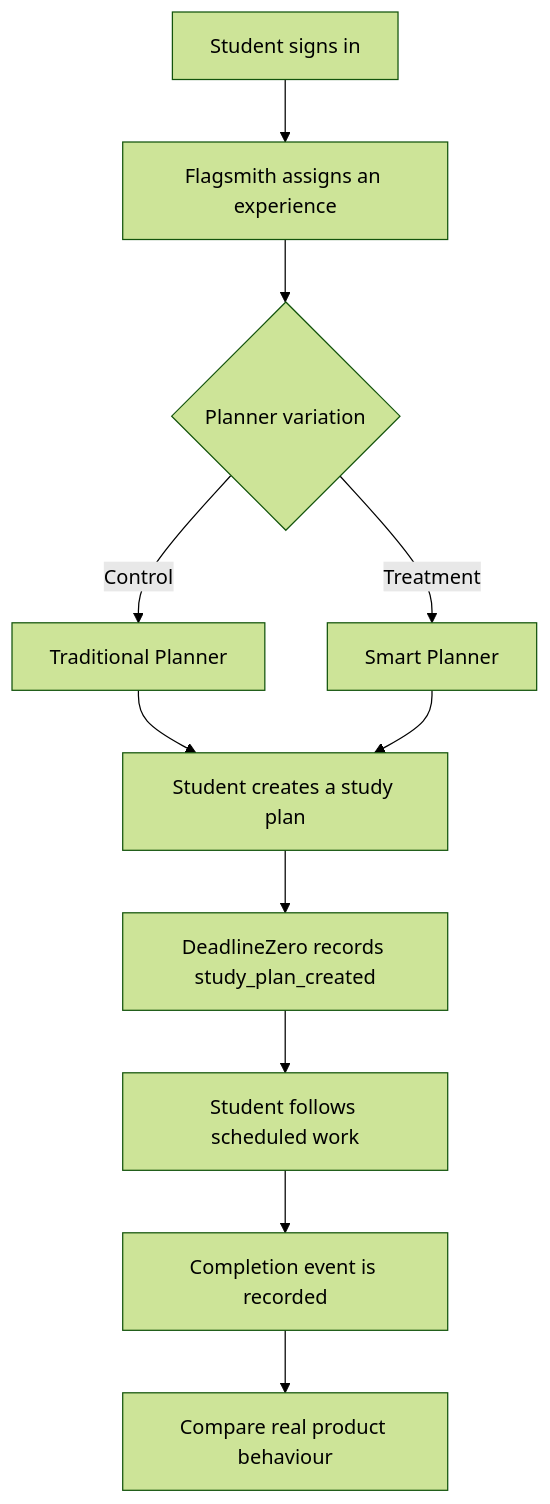
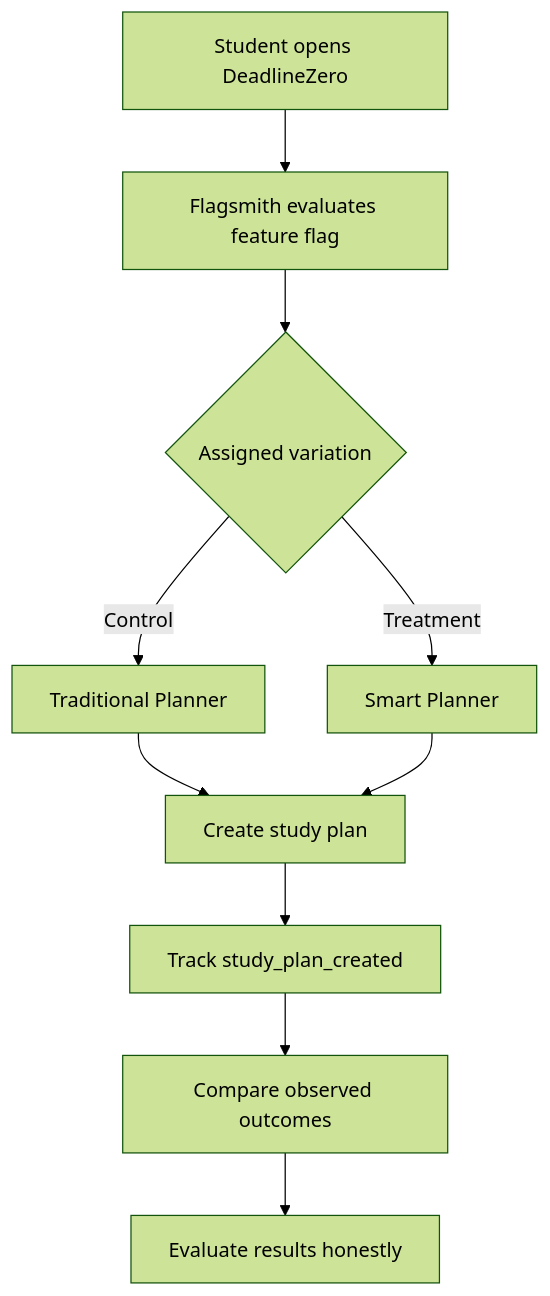
The first of 2 diagrams in README.md (dharmkoshiya74-collab/DeadlineZero), drawn with Mermaid (forest theme) before and after one commit. The commit also changed other lines of this file and 1 other file, not shown here.

Commit message:
Add professional DeadlineZero branding and README

````diff
--- a/README.md
+++ b/README.md
@@ -69,13 +62,12 @@
 ```mermaid
 flowchart TD
-    A[Student signs in] --> B[Flagsmith assigns an experience]
-    B --> C{Planner variation}
+    A[Student opens DeadlineZero] --> B[Flagsmith evaluates feature flag]
+    B --> C{Assigned variation}
     C -->|Control| D[Traditional Planner]
     C -->|Treatment| E[Smart Planner]
-    D --> F[Student creates a study plan]
+    D --> F[Create study plan]
     E --> F
-    F --> G[DeadlineZero records study_plan_created]
-    G --> H[Student follows scheduled work]
-    H --> I[Completion event is recorded]
-    I --> J[Compare real product behaviour]
+    F --> G[Track study_plan_created]
+    G --> H[Compare observed outcomes]
+    H --> I[Evaluate results honestly]
 ```
````
